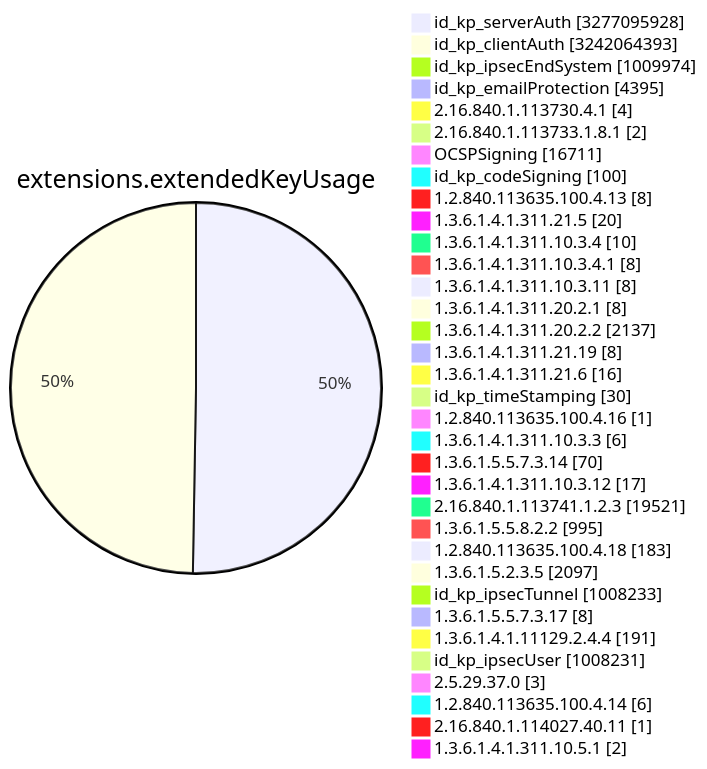
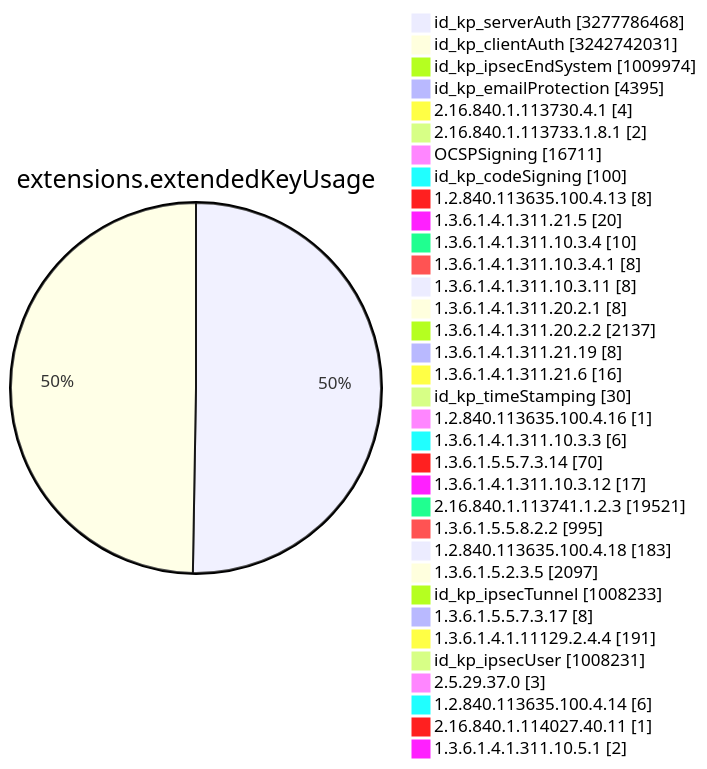
One commit to christiankrug/ctmonitor_visualization changed diagram 11 of 15 in TOTAL/README.md. Above: the diagram before and after it, drawn with Mermaid. The commit also changed other lines of this file, not shown here.

````diff
--- a/TOTAL/README.md
+++ b/TOTAL/README.md
@@ -4119,38 +4119,38 @@
 ```mermaid
 pie showData
 title extensions.extendedKeyUsage
-"id_kp_serverAuth" :3277095928
-"id_kp_clientAuth" :3242064393
+"id_kp_serverAuth" :3277786468
+"id_kp_clientAuth" :3242742031
 "id_kp_ipsecEndSystem" :1009974
 "id_kp_emailProtection" :4395
 "2.16.840.1.113730.4.1" :4
 "2.16.840.1.113733.1.8.1" :2
 "OCSPSigning" :16711
 "id_kp_codeSigning" :100
 "1.2.840.113635.100.4.13" :8
 "1.3.6.1.4.1.311.21.5" :20
 "1.3.6.1.4.1.311.10.3.4" :10
 "1.3.6.1.4.1.311.10.3.4.1" :8
 "1.3.6.1.4.1.311.10.3.11" :8
 "1.3.6.1.4.1.311.20.2.1" :8
 "1.3.6.1.4.1.311.20.2.2" :2137
 "1.3.6.1.4.1.311.21.19" :8
 "1.3.6.1.4.1.311.21.6" :16
 "id_kp_timeStamping" :30
 "1.2.840.113635.100.4.16" :1
 "1.3.6.1.4.1.311.10.3.3" :6
 "1.3.6.1.5.5.7.3.14" :70
 "1.3.6.1.4.1.311.10.3.12" :17
 "2.16.840.1.113741.1.2.3" :19521
 "1.3.6.1.5.5.8.2.2" :995
 "1.2.840.113635.100.4.18" :183
 "1.3.6.1.5.2.3.5" :2097
 "id_kp_ipsecTunnel" :1008233
 "1.3.6.1.5.5.7.3.17" :8
 "1.3.6.1.4.1.11129.2.4.4" :191
 "id_kp_ipsecUser" :1008231
 "2.5.29.37.0" :3
 "1.2.840.113635.100.4.14" :6
 "2.16.840.1.114027.40.11" :1
 "1.3.6.1.4.1.311.10.5.1" :2
 ```
````
